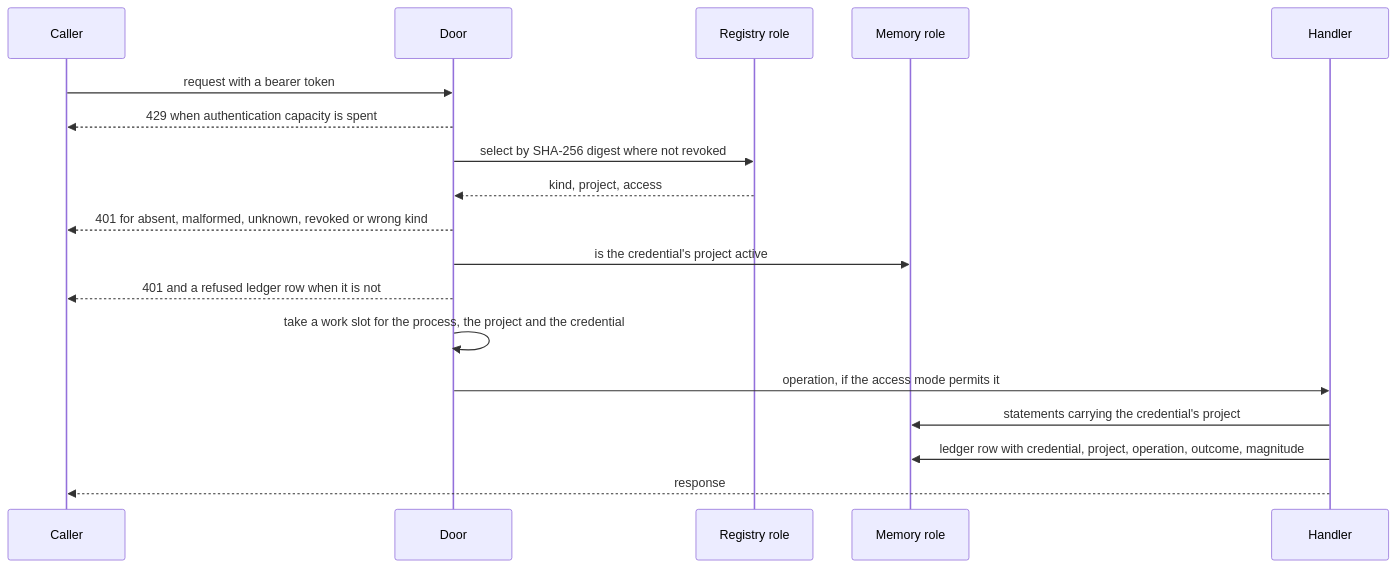
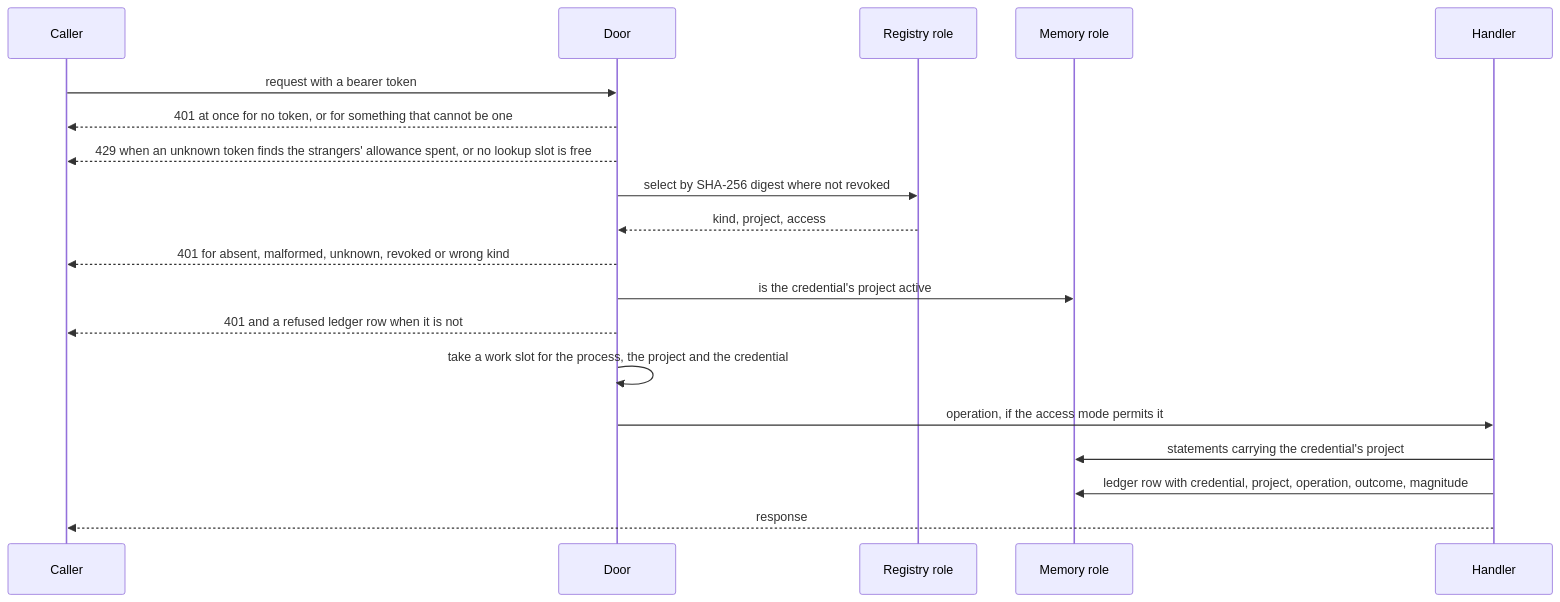
The second of 2 diagrams in docs/architecture/security.md (ensera-ai/taisce), drawn with Mermaid before and after one commit. The commit also changed other lines of this file and 12 other files, not shown here.

````diff
--- a/docs/architecture/security.md
+++ b/docs/architecture/security.md
@@ -220,20 +220,21 @@
 ```mermaid
 sequenceDiagram
   participant C as Caller
   participant D as Door
   participant R as Registry role
   participant M as Memory role
   participant H as Handler
   C->>D: request with a bearer token
-  D-->>C: 429 when authentication capacity is spent
+  D-->>C: 401 at once for no token, or for something that cannot be one
+  D-->>C: 429 when an unknown token finds the strangers' allowance spent, or no lookup slot is free
   D->>R: select by SHA-256 digest where not revoked
   R-->>D: kind, project, access
   D-->>C: 401 for absent, malformed, unknown, revoked or wrong kind
   D->>M: is the credential's project active
   D-->>C: 401 and a refused ledger row when it is not
   D->>D: take a work slot for the process, the project and the credential
   D->>H: operation, if the access mode permits it
   H->>M: statements carrying the credential's project
   H->>M: ledger row with credential, project, operation, outcome, magnitude
   H-->>C: response
 ```
````
